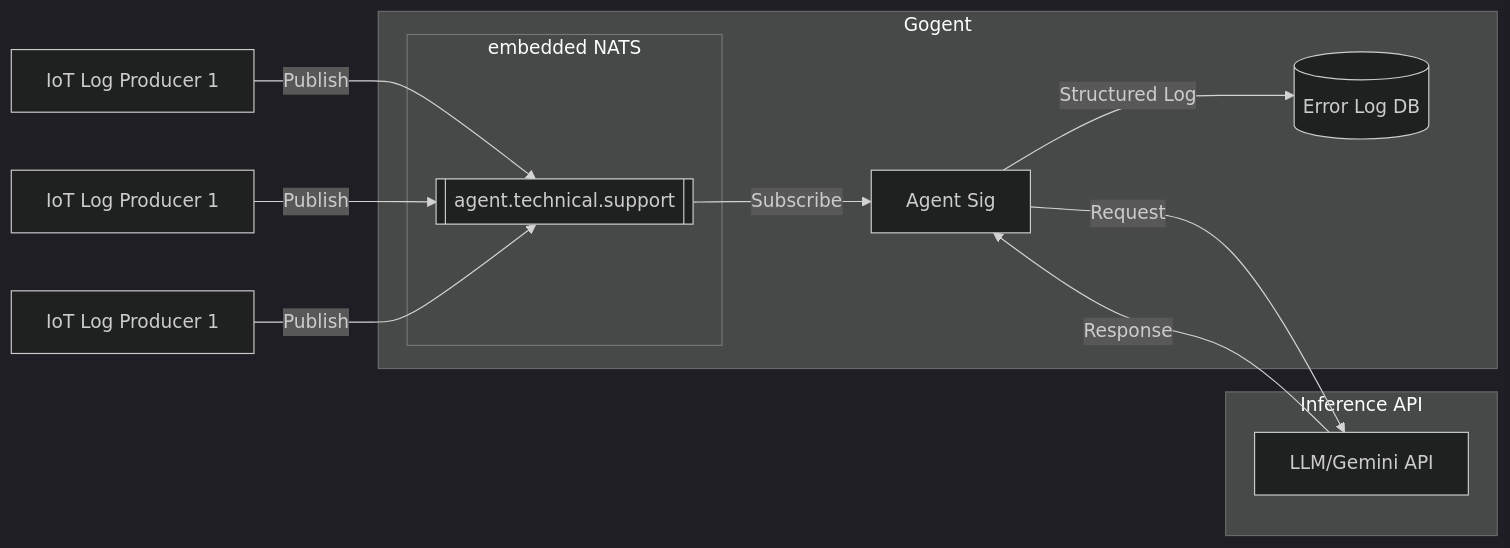
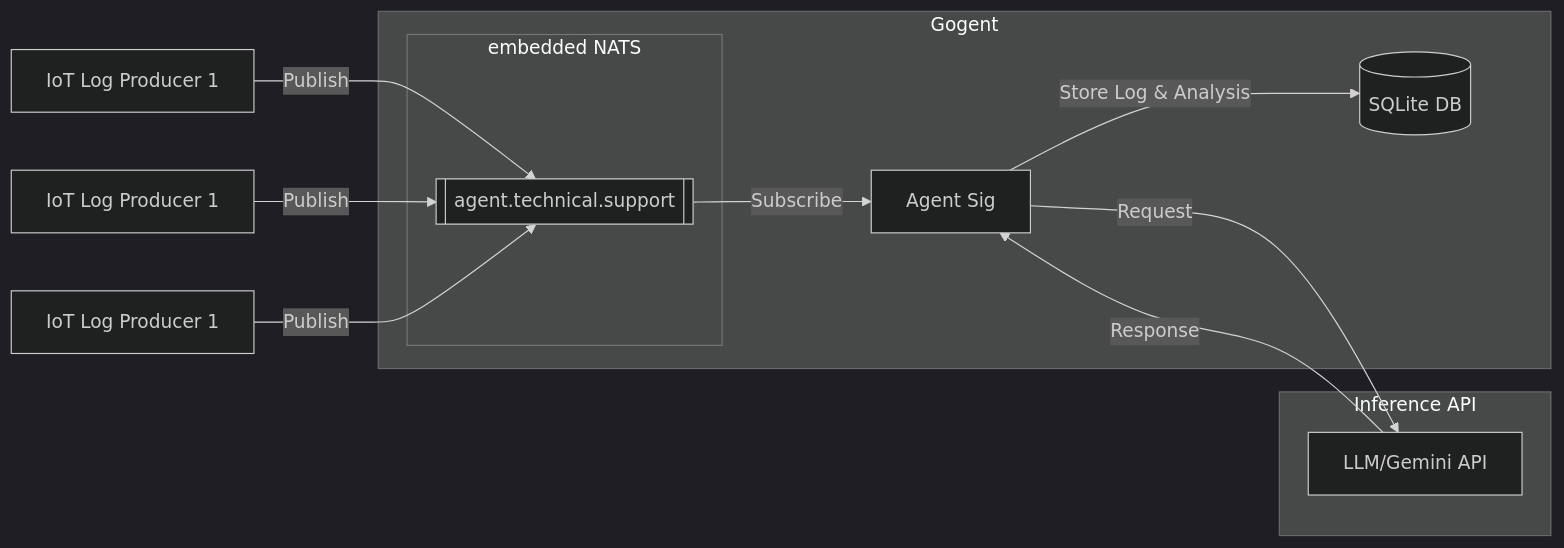
Before and after one commit to tobalo/gogent: the diagram in README.md, drawn with Mermaid (dark theme). The commit also changed other lines of this file and 3 other files, not shown here.

````diff
--- a/README.md
+++ b/README.md
@@ -12,19 +12,19 @@
 ```mermaid
 flowchart LR
     S[IoT Log Producer 1] -->|Publish| Z
     T[IoT Log Producer 1] -->|Publish| Z
     Y[IoT Log Producer 1] -->|Publish| Z
     subgraph Gogent
         subgraph embedded NATS
             Z[[agent.technical.support]]
 
         end
         Z -->|Subscribe| A[Agent Sig]
-        E[(Error Log DB)]
-        A --> |Structured Log| E
+        E[(SQLite DB)]
+        A --> |Store Log & Analysis| E
     end
     subgraph Inference API
         A -->|Request| L[LLM/Gemini API]
         L -->|Response| A
     end
 ```
````
